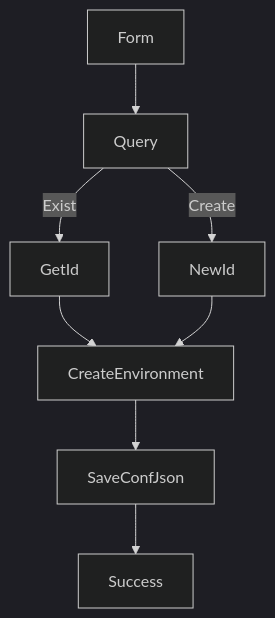
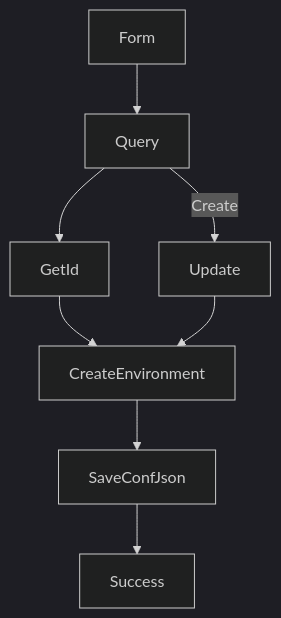
The first of 2 diagrams in Structure.md (HUGHNew/Cids-Installer), drawn with Mermaid (dark theme) before and after one commit. The commit also changed other lines of this file and 3 other files, not shown here.

````diff
--- a/Structure.md
+++ b/Structure.md
@@ -3,5 +3,5 @@
 ```mermaid
 graph TD
-Form-->Query--Exist-->GetId-->CreateEnvironment
-Query--Create-->NewId-->CreateEnvironment-->SaveConfJson-->Success
+Form-->Query-->GetId-->CreateEnvironment
+Query--Create-->Update-->CreateEnvironment-->SaveConfJson-->Success
 ```
````
